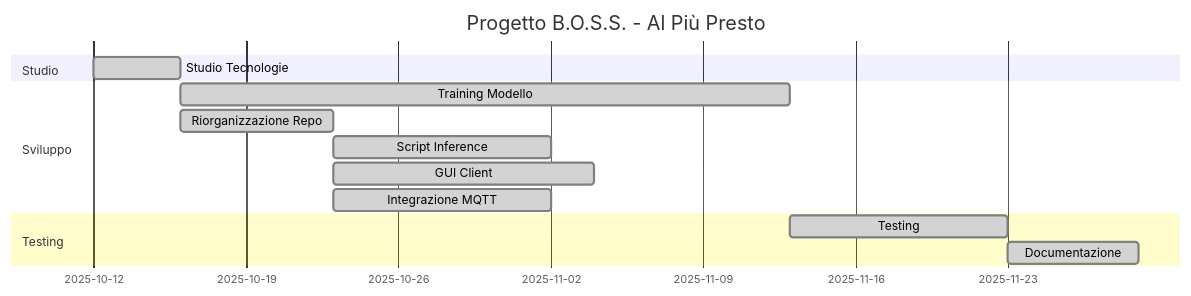
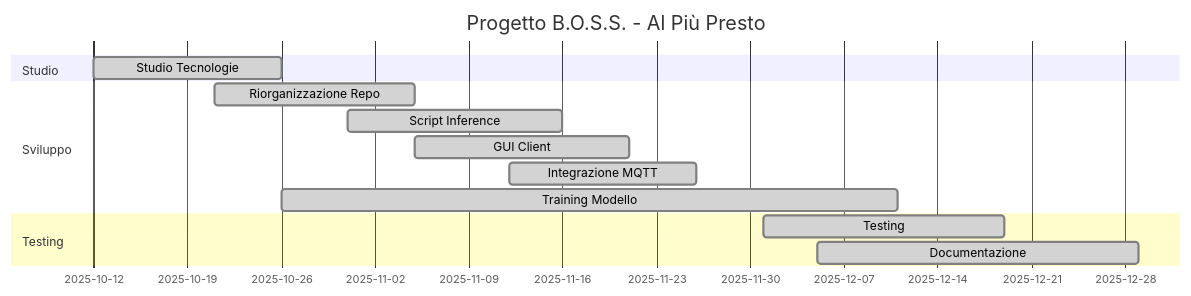
Before and after one commit to riccardosemeraro/B.O.S.S.-Branch-Bellusci-SSD300-VGG16: diagram 11 of 12 in README.md, drawn with Mermaid. The commit also changed other lines of this file, not shown here.

````diff
--- a/README.md
+++ b/README.md
@@ -1121,19 +1121,19 @@
 ```mermaid
-  gantt
+ gantt
 title Progetto B.O.S.S. - Al Più Presto
-dateFormat YYYY-MM-DD
+dateFormat DD-MM-YYYY
 
 section Studio
-Studio Tecnologie :done, st, 2025-10-12, 4d
+Studio Tecnologie :done, 12-10-2025, 26-10-2025
 
 section Sviluppo
-Training Modello :done, tm, after st, 28d
-Riorganizzazione Repo :done, rr, after st, 7d
-Script Inference :done, si, after rr, 10d
-GUI Client :done, gui, after rr, 12d
-Integrazione MQTT :done, mqtt, after rr, 10d
+Riorganizzazione Repo :done, 21-10-2025, 05-11-2025
+Script Inference :done, 31-10-2025, 16-11-2025
+GUI Client :done, 05-11-2025, 21-11-2025
+Integrazione MQTT :done, 12-11-2025, 26-11-2025
+Training Modello :done, 26-10-2025, 11-12-2025
 
 section Testing
-Testing :done, test, after tm, 10d
-Documentazione :done, doc, after test, 6d
+Testing :done, 01-12-2025, 19-12-2025
+Documentazione :done, 05-12-2025, 29-12-2025
 ```
````
